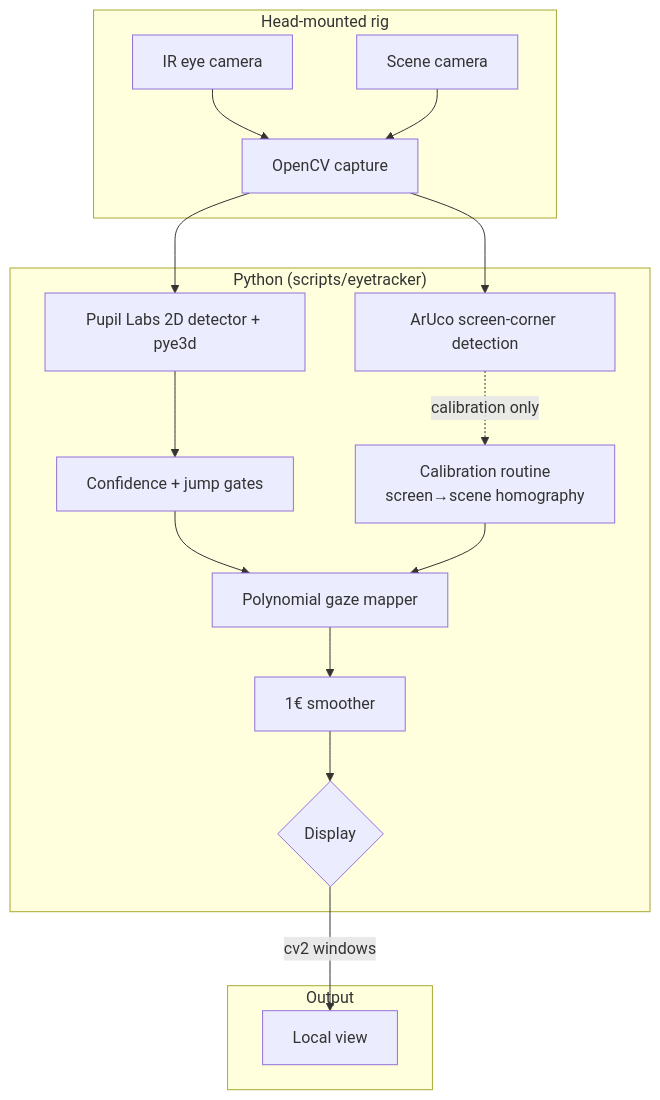
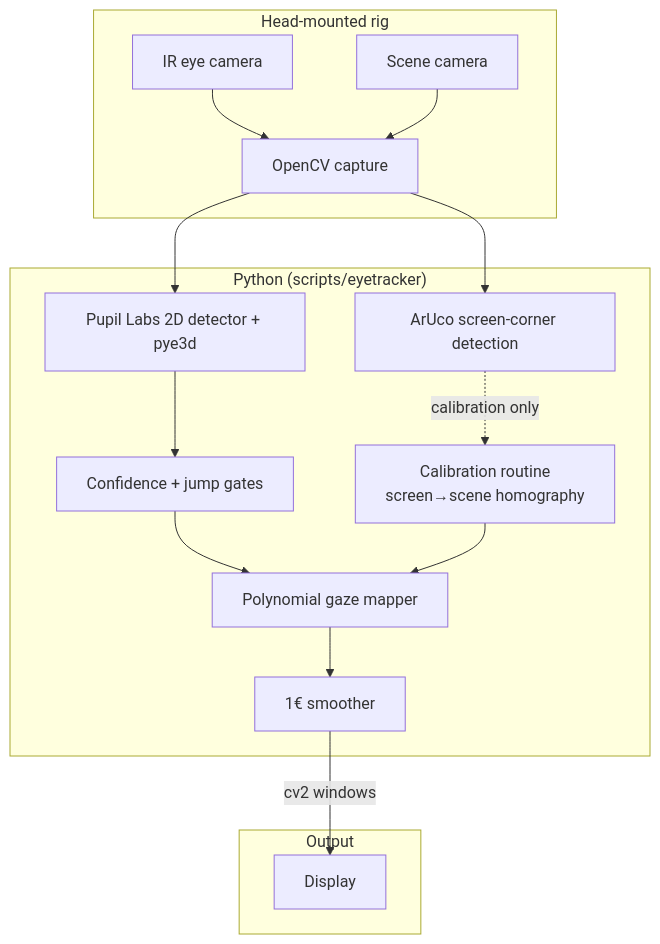
The diagram in README.md (danielkaijzer/Eye-Tracker), drawn with Mermaid before and after one commit. The commit also changed other lines of this file and 1 other file, not shown here.

````diff
--- a/README.md
+++ b/README.md
@@ -75,22 +75,21 @@
 ```mermaid
 graph TD
     subgraph Hardware ["Head-mounted rig"]
         EYE[IR eye camera] --> CAP[OpenCV capture]
         SCN[Scene camera] --> CAP
     end
 
-    subgraph Backend ["Python (scripts/eyetracker)"]
+    subgraph Pipeline ["Python (scripts/eyetracker)"]
         CAP --> PD[Pupil Labs 2D detector + pye3d]
         PD --> GATE[Confidence + jump gates]
         GATE --> POLY[Polynomial gaze mapper]
         CAP --> ARUCO[ArUco screen-corner detection]
         ARUCO -. calibration only .-> CAL[Calibration routine<br/>screen→scene homography]
         CAL --> POLY
         POLY --> SMOOTH[1€ smoother]
-        SMOOTH --> OUT{Display}
     end
 
     subgraph Output
-        OUT -->|cv2 windows| CV[Local view]
+        SMOOTH -->|cv2 windows| CV[Display]
     end
 ```
````
